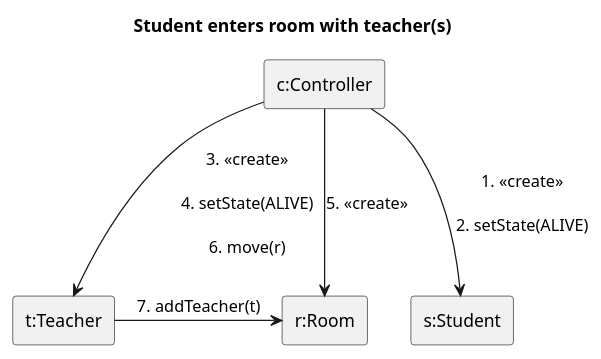
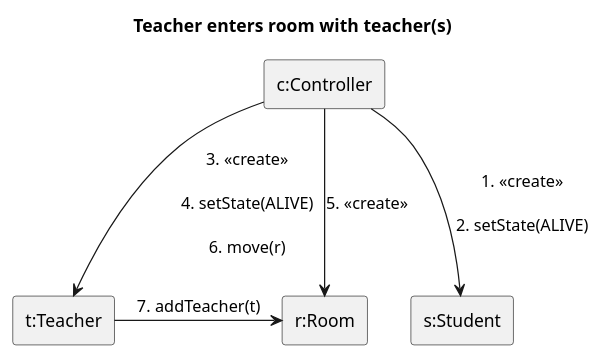
Before and after one commit to MBakter/echo: the diagram in docs/communication_diagrams/ri_teacher_enter_teacher.plantuml, drawn with PlantUML.

Commit message:
Egy helyen teacher helyett student volt

```diff
--- a/docs/communication_diagrams/ri_teacher_enter_teacher.plantuml
+++ b/docs/communication_diagrams/ri_teacher_enter_teacher.plantuml
@@ -1,12 +1,12 @@
 @startuml teacher_enter_teacher
-title Student enters room with teacher(s)
+title Teacher enters room with teacher(s)
 skinparam linestyle ortho
 rectangle "c:Controller" as c
 rectangle "r:Room" as r
 rectangle "s:Student" as s
 rectangle "t:Teacher" as t
 c --> s: 1. <<create>>\n\n2. setState(ALIVE)
 c --> t: 3. <<create>>\n\n4. setState(ALIVE)\n\n6. move(r)
 c -> r: 5. <<create>>
 t -> r: 7. addTeacher(t)
 @enduml
```
